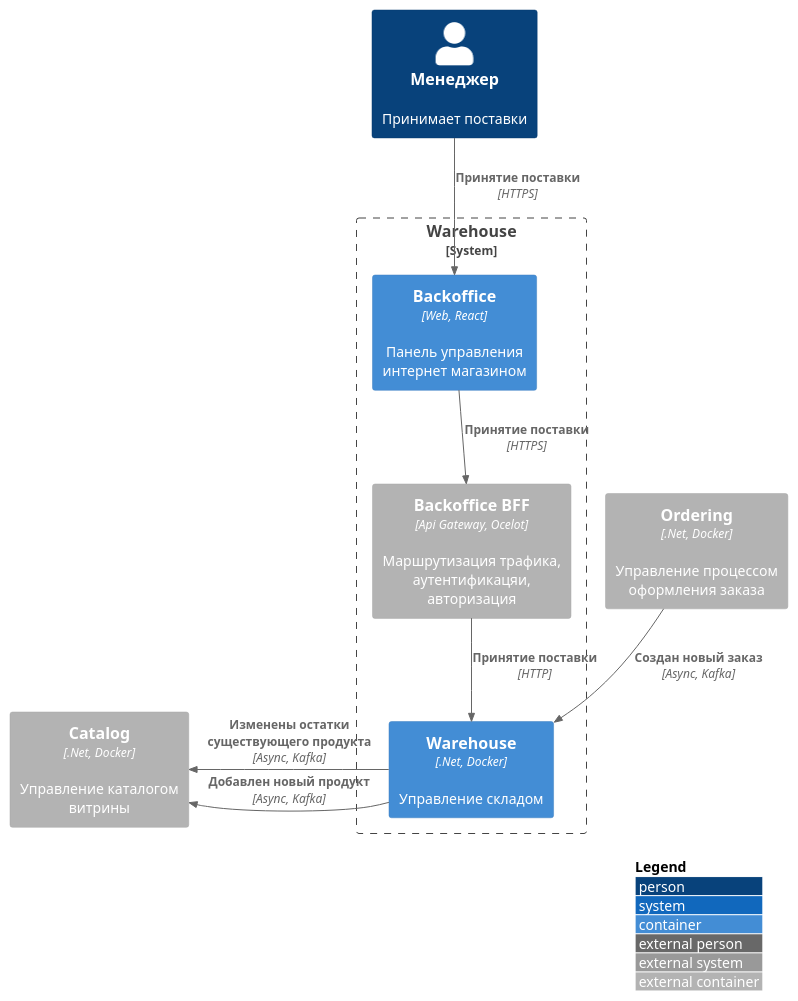
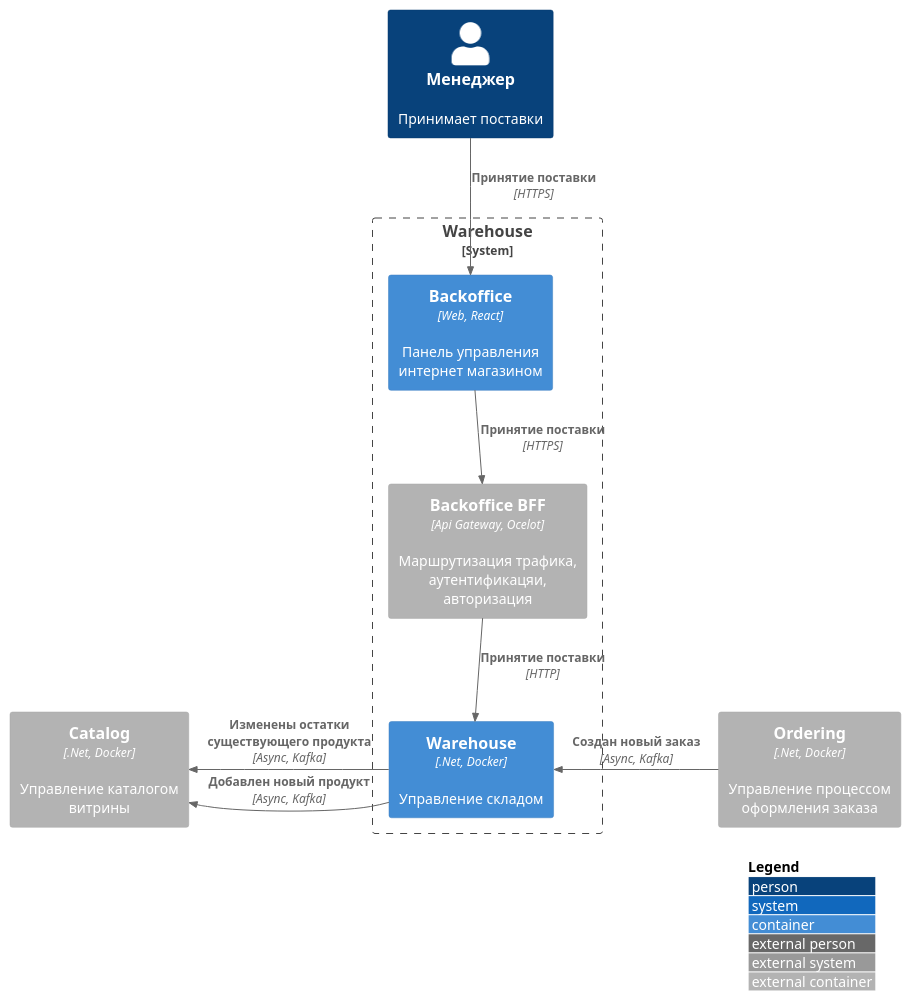
One commit to gerzhan/knigaexpert-system-design changed the first of 2 diagrams in services/warehouse/README.md. Above: the diagram before and after it, drawn with PlantUML.

````diff
--- a/services/warehouse/README.md
+++ b/services/warehouse/README.md
@@ -9,34 +9,34 @@
 ```plantuml
 !include https://raw.githubusercontent.com/plantuml-stdlib/C4-PlantUML/master/C4_Container.puml
 
 skinparam wrapWidth 200
 skinparam maxMessageSize 200
 
 LAYOUT_TOP_DOWN()
 LAYOUT_WITH_LEGEND()
 
 Person(manager, Менеджер, "Принимает поставки")
 
 
 System_Boundary(boundary, "Warehouse") {
 
 ' Backoffice
 Container(backoffice_app, "Backoffice", "Web, React", "Панель управления интернет магазином")  
 Container_Ext(backoffice_bff, "Backoffice BFF", "Api Gateway, Ocelot", "Маршрутизация трафика, аутентификацяи, авторизация")
 Rel(backoffice_app, backoffice_bff, "Принятие поставки", "HTTPS")
 Rel(manager, backoffice_app, "Принятие поставки", "HTTPS")
 
 
 ' Services
 Container(warehouse, "Warehouse", ".Net, Docker", "Управление складом")
 Rel(backoffice_bff, warehouse, "Принятие поставки", "HTTP")
 }
 
 Container_Ext(catalog, "Catalog", ".Net, Docker", "Управление каталогом витрины")
 Rel_L(warehouse, catalog, "Добавлен новый продукт", "Async, Kafka")
 Rel_L(warehouse, catalog, "Изменены остатки существующего продукта", "Async, Kafka")
 
 Container_Ext(ordering, "Ordering", ".Net, Docker", "Управление процессом оформления заказа")
-Rel(ordering, warehouse, "Cоздан новый заказ", "Async, Kafka")
+Rel_L(ordering, warehouse, "Cоздан новый заказ", "Async, Kafka")
 
 ```
````
